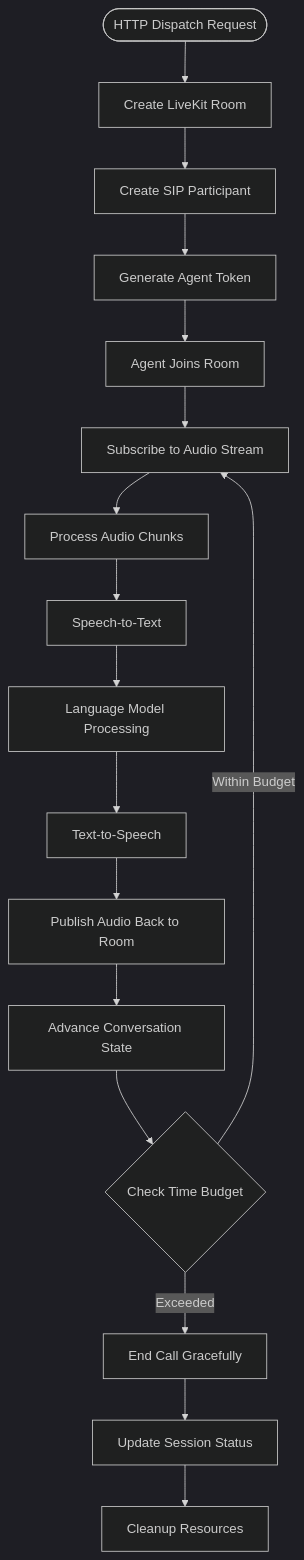
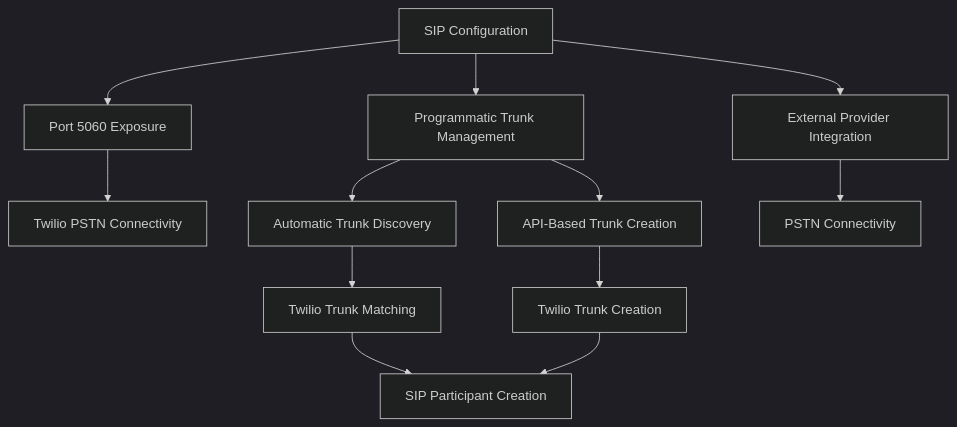
The ninth of 20 diagrams in .qoder/repowiki/en/content/Advanced Topics/Voice Agent Conversation System.md (Revanththetalogics/aireume), drawn with Mermaid (dark theme) before and after one commit. The commit also changed other lines of this file and 118 other files, not shown here.

````diff
--- a/.qoder/repowiki/en/content/Advanced Topics/Voice Agent Conversation System.md
+++ b/.qoder/repowiki/en/content/Advanced Topics/Voice Agent Conversation System.md
@@ -309,19 +380,14 @@
 ```mermaid
 flowchart TD
-Start([HTTP Dispatch Request]) --> CreateRoom["Create LiveKit Room"]
-CreateRoom --> CreateSIP["Create SIP Participant"]
-CreateSIP --> GenerateToken["Generate Agent Token"]
-GenerateToken --> JoinRoom["Agent Joins Room"]
-JoinRoom --> AudioStream["Subscribe to Audio Stream"]
-AudioStream --> ProcessAudio["Process Audio Chunks"]
-ProcessAudio --> STT["Speech-to-Text"]
-STT --> LLM["Language Model Processing"]
-LLM --> TTS["Text-to-Speech"]
-TTS --> PublishAudio["Publish Audio Back to Room"]
-PublishAudio --> UpdateState["Advance Conversation State"]
-UpdateState --> CheckBudget{"Check Time Budget"}
-CheckBudget --> |Within Budget| AudioStream
-CheckBudget --> |Exceeded| EndCall["End Call Gracefully"]
-EndCall --> UpdateSession["Update Session Status"]
-UpdateSession --> Cleanup["Cleanup Resources"]
+SIPConfig[SIP Configuration] --> Port5060["Port 5060 Exposure"]
+SIPConfig --> Programmatic["Programmatic Trunk Management"]
+SIPConfig --> ExternalProviders["External Provider Integration"]
+Port5060 --> Twilio["Twilio PSTN Connectivity"]
+Programmatic --> AutoDiscovery["Automatic Trunk Discovery"]
+Programmatic --> APICreation["API-Based Trunk Creation"]
+ExternalProviders --> PSTN["PSTN Connectivity"]
+AutoDiscovery --> TwilioMatch["Twilio Trunk Matching"]
+APICreation --> TwilioTrunk["Twilio Trunk Creation"]
+TwilioMatch --> SIPParticipant["SIP Participant Creation"]
+TwilioTrunk --> SIPParticipant
 ```
````
